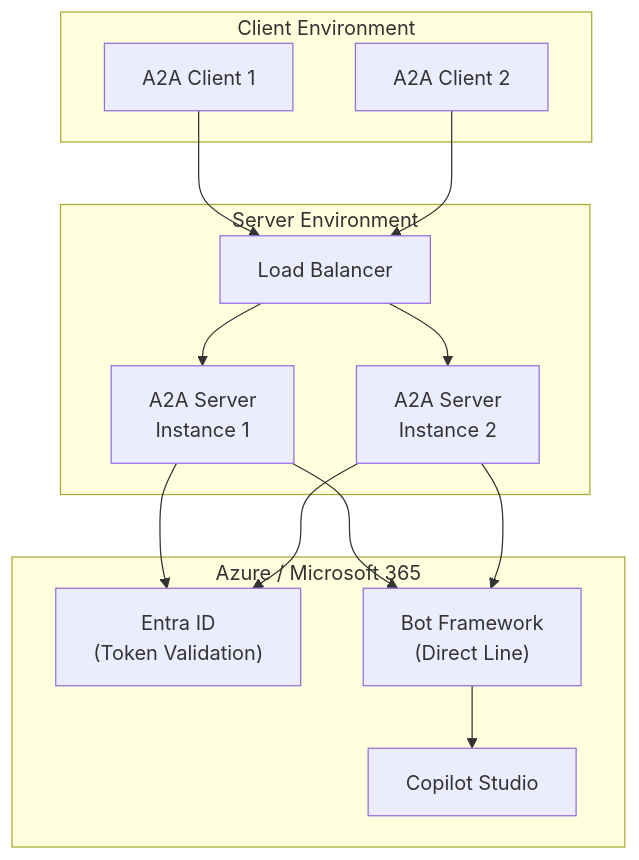
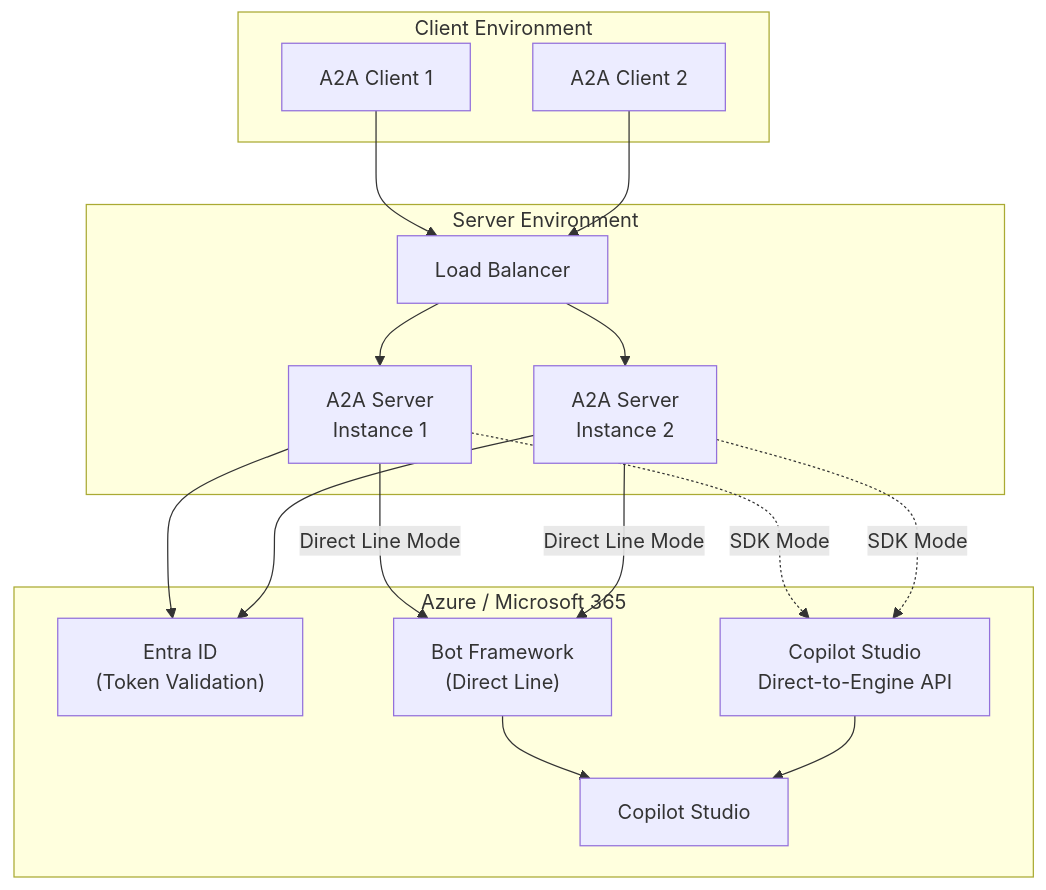
The fourth of 4 diagrams in docs/architecture.md (bradrlaw/copilot-studio-a2a), drawn with Mermaid before and after one commit. The commit also changed other lines of this file and 3 other files, not shown here.

First line of the commit message:
docs: update README, architecture, authentication, and changelog for SDK mode

````diff
--- a/docs/architecture.md
+++ b/docs/architecture.md
@@ -115,29 +173,33 @@
 ```mermaid
 graph TB
     subgraph "Client Environment"
         C1["A2A Client 1"]
         C2["A2A Client 2"]
     end
 
     subgraph "Server Environment"
         LB["Load Balancer"]
         S1["A2A Server<br/>Instance 1"]
         S2["A2A Server<br/>Instance 2"]
     end
 
     subgraph "Azure / Microsoft 365"
         AAD["Entra ID<br/>(Token Validation)"]
         BF["Bot Framework<br/>(Direct Line)"]
+        CSAPI["Copilot Studio<br/>Direct-to-Engine API"]
         CPS["Copilot Studio"]
     end
 
     C1 --> LB
     C2 --> LB
     LB --> S1
     LB --> S2
     S1 --> AAD
     S2 --> AAD
-    S1 --> BF
-    S2 --> BF
+    S1 -- "Direct Line Mode" --> BF
+    S2 -- "Direct Line Mode" --> BF
+    S1 -. "SDK Mode" .-> CSAPI
+    S2 -. "SDK Mode" .-> CSAPI
     BF --> CPS
+    CSAPI --> CPS
 ```
````
